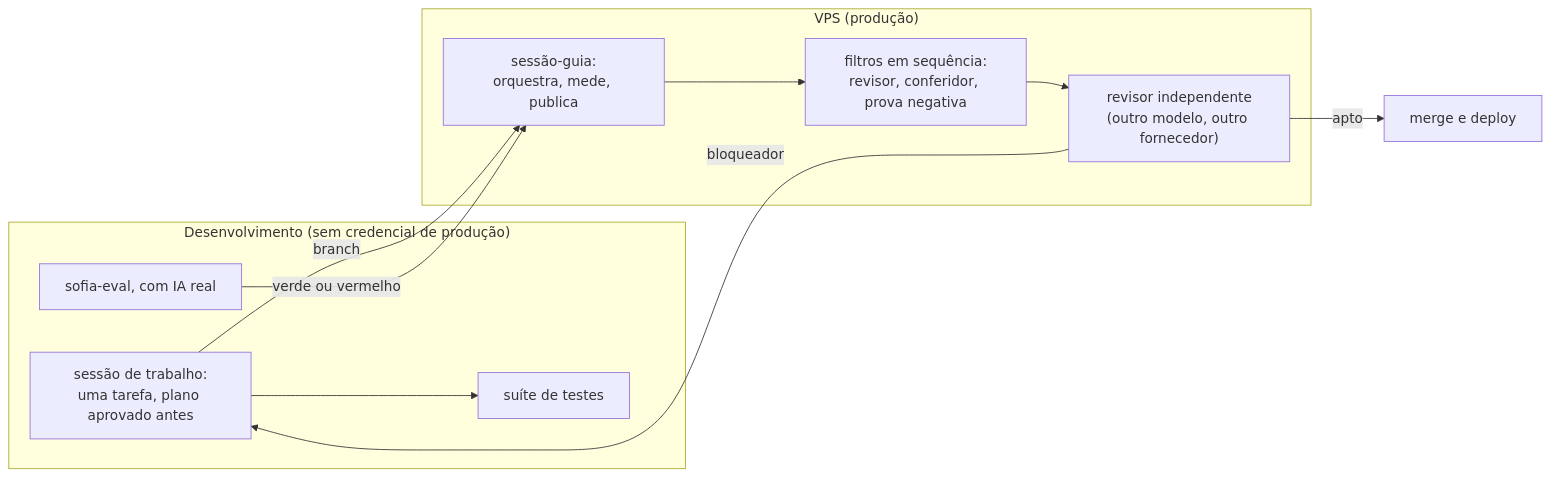
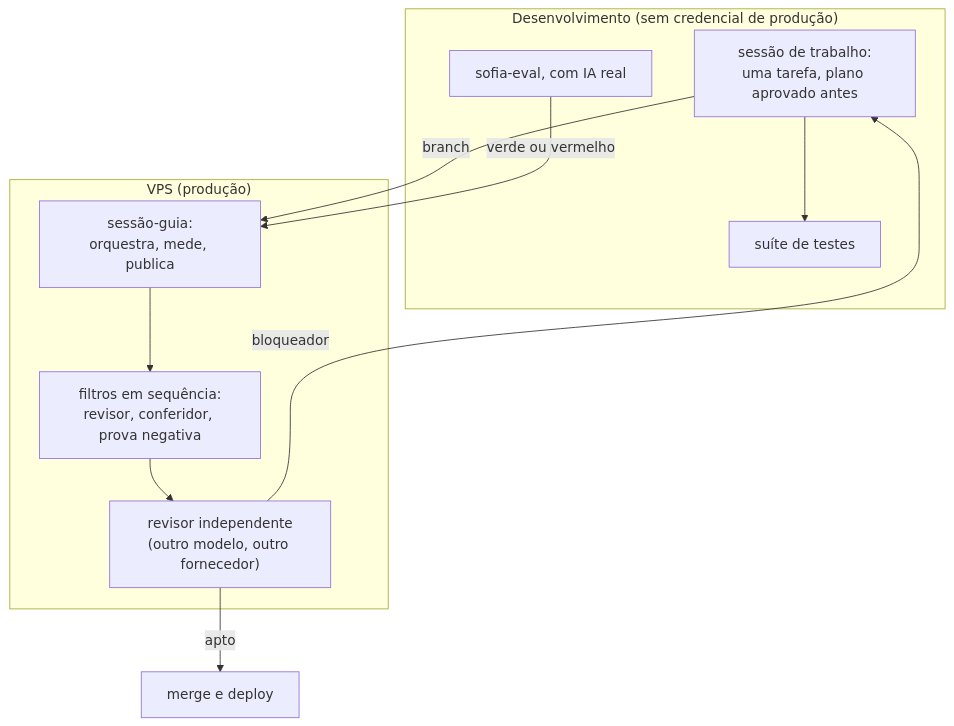
One commit to andrenv14/sofia-vitrine changed the fourth of 4 diagrams in README.md. Above: the diagram before and after it, drawn with Mermaid. The commit also changed other lines of this file, not shown here.

Commit message:
README: link para o codigo do site, e o diagrama das duas maquinas em vertical
O site ja apontava para a vitrine e para o eval; faltava a volta. O link entra
ao lado da URL do site, no topo.

O diagrama da secao 6 estava em LR e os dois subgrafos empilhavam, com as
setas cruzando os rotulos. Em TB os dois ambientes ficam lado a lado e o fluxo
le de cima para baixo. Conferido renderizado no Chromium, com os outros cinco
diagramas dos dois repositorios, e com um diagrama quebrado de proposito para
provar que a conferencia acusa erro.

````diff
--- a/README.md
+++ b/README.md
@@ -373,19 +373,19 @@
 ```mermaid
-flowchart LR
+flowchart TB
     subgraph DEV["Desenvolvimento (sem credencial de produção)"]
         FATIA["sessão de trabalho:<br/>uma tarefa, plano aprovado antes"]
         SUITE["suíte de testes"]
         EVAL["sofia-eval, com IA real"]
     end
     subgraph PROD["VPS (produção)"]
         GUIA["sessão-guia:<br/>orquestra, mede, publica"]
         FILTROS["filtros em sequência:<br/>revisor, conferidor, prova negativa"]
         CODEX["revisor independente<br/>(outro modelo, outro fornecedor)"]
     end
     FATIA --> SUITE
     FATIA -->|"branch"| GUIA
     GUIA --> FILTROS --> CODEX
     CODEX -->|"bloqueador"| FATIA
     CODEX -->|"apto"| MERGE["merge e deploy"]
     EVAL -->|"verde ou vermelho"| GUIA
 ```
````
